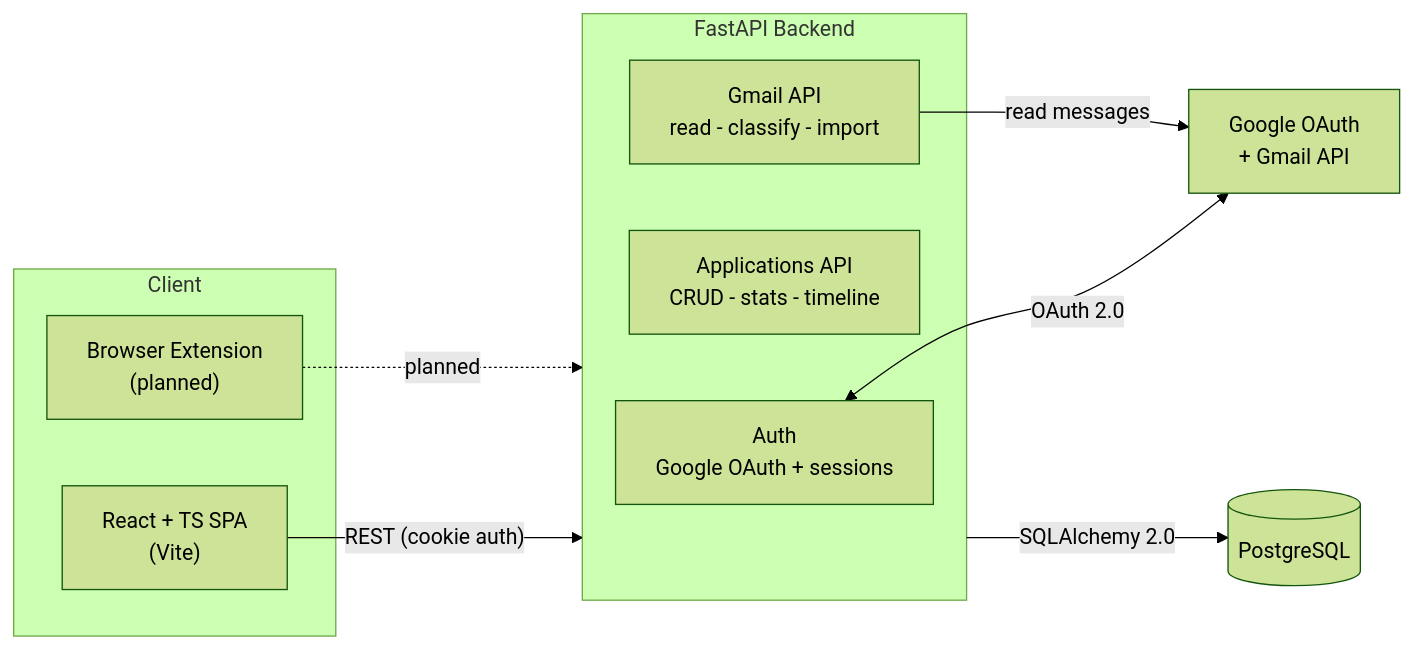
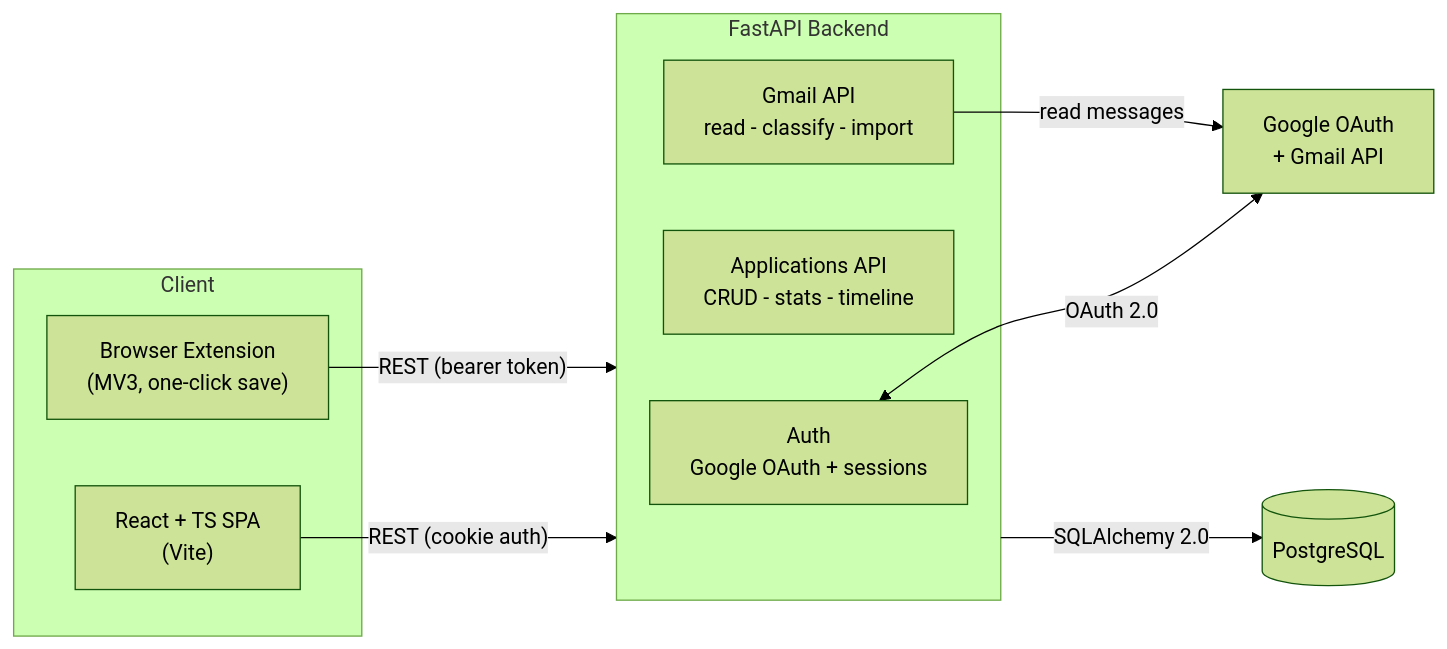
The first of 2 diagrams in README.md (JIMMSTERS/full_stack_jobapp_proj), drawn with Mermaid (forest theme) before and after one commit. The commit also changed other lines of this file and 33 other files, not shown here.

First line of the commit message:
Add browser extension, live-deploy blueprint, and demo login

````diff
--- a/README.md
+++ b/README.md
@@ -40,22 +42,22 @@
 ```mermaid
 flowchart LR
     subgraph Client
         FE["React + TS SPA<br/>(Vite)"]
-        EXT["Browser Extension<br/>(planned)"]
+        EXT["Browser Extension<br/>(MV3, one-click save)"]
     end
 
     subgraph Server["FastAPI Backend"]
         AUTH["Auth<br/>Google OAuth + sessions"]
         APPS["Applications API<br/>CRUD - stats - timeline"]
         GMAIL["Gmail API<br/>read - classify - import"]
     end
 
     GOOG["Google OAuth<br/>+ Gmail API"]
     DB[("PostgreSQL")]
 
     FE -->|"REST (cookie auth)"| Server
-    EXT -.->|planned| Server
+    EXT -->|"REST (bearer token)"| Server
     AUTH <-->|OAuth 2.0| GOOG
     GMAIL -->|read messages| GOOG
     Server -->|SQLAlchemy 2.0| DB
 ```
````
